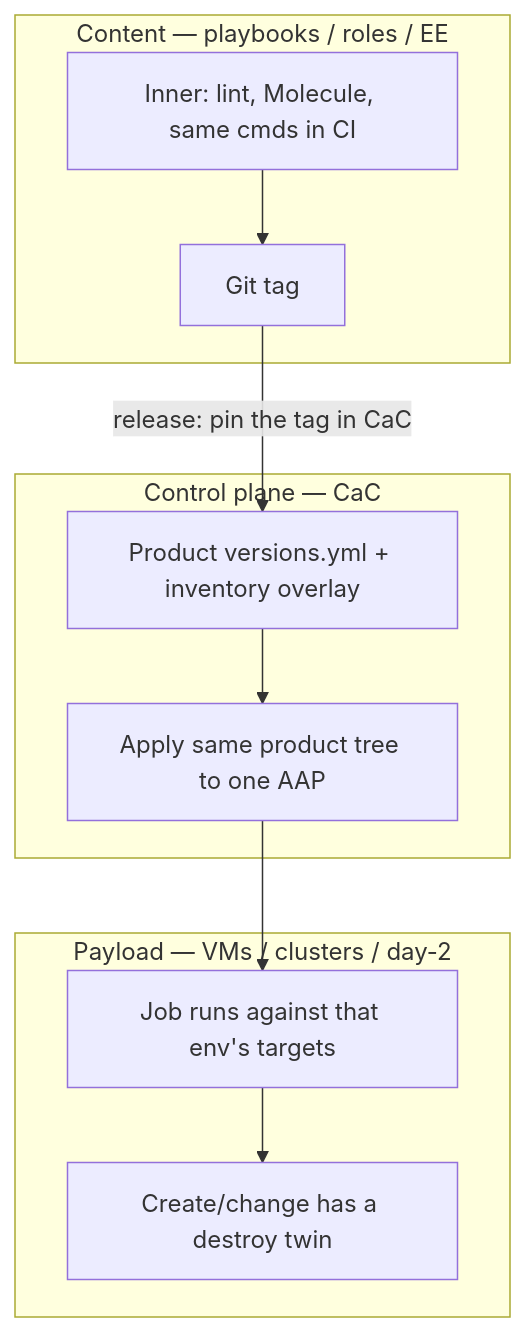
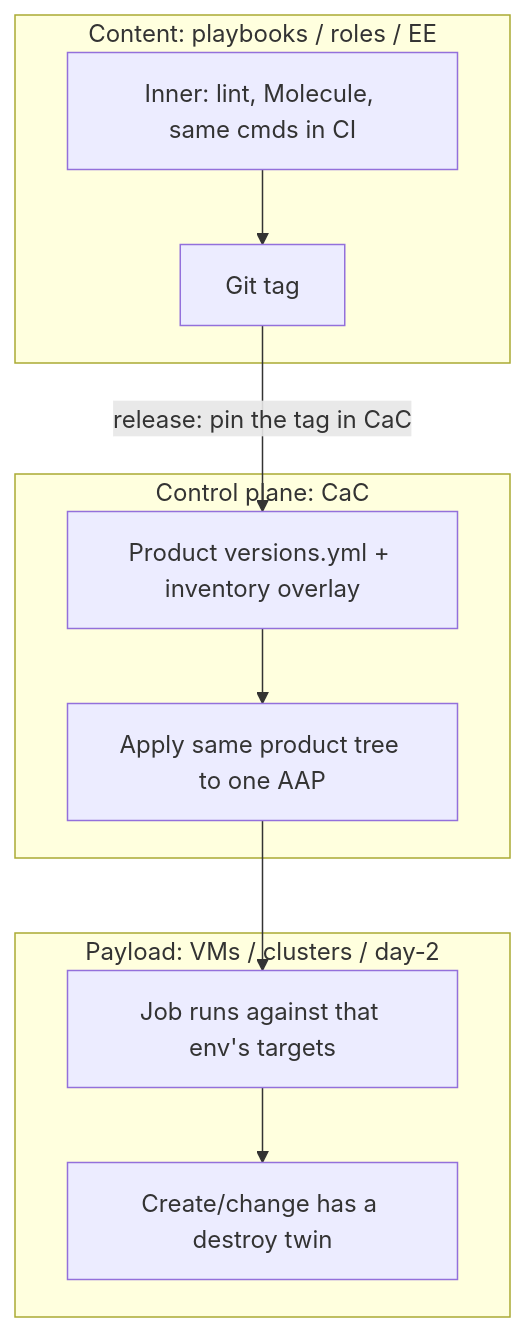
The diagram in devops/ansible/aap-sdlc/README.md (hhellbusch/my-ai-workspace), drawn with Mermaid before and after one commit. The commit also changed other lines of this file and 20 other files, not shown here.

````diff
--- a/devops/ansible/aap-sdlc/README.md
+++ b/devops/ansible/aap-sdlc/README.md
@@ -36,23 +37,23 @@
 ```mermaid
 flowchart TB
-  subgraph content["Content — playbooks / roles / EE"]
+  subgraph content["Content: playbooks / roles / EE"]
     inner["Inner: lint, Molecule, same cmds in CI"]
     tag["Git tag"]
     inner --> tag
   end
 
-  subgraph cac["Control plane — CaC"]
+  subgraph cac["Control plane: CaC"]
     pin["Product versions.yml + inventory overlay"]
     apply["Apply same product tree to one AAP"]
     pin --> apply
   end
 
-  subgraph payload["Payload — VMs / clusters / day-2"]
+  subgraph payload["Payload: VMs / clusters / day-2"]
     run["Job runs against that env's targets"]
     twin["Create/change has a destroy twin"]
     run --> twin
   end
 
   tag -->|"release: pin the tag in CaC"| pin
   apply --> run
 ```
````
